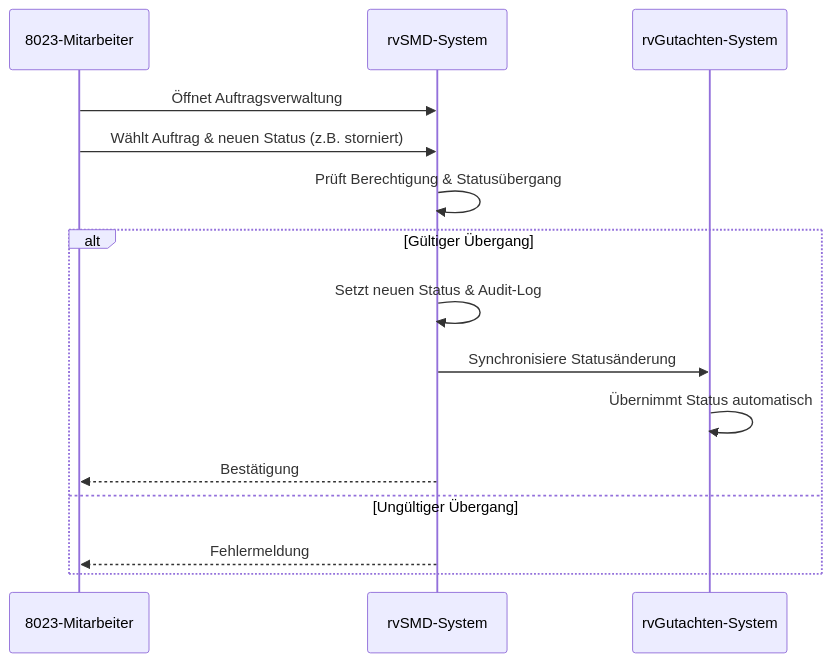
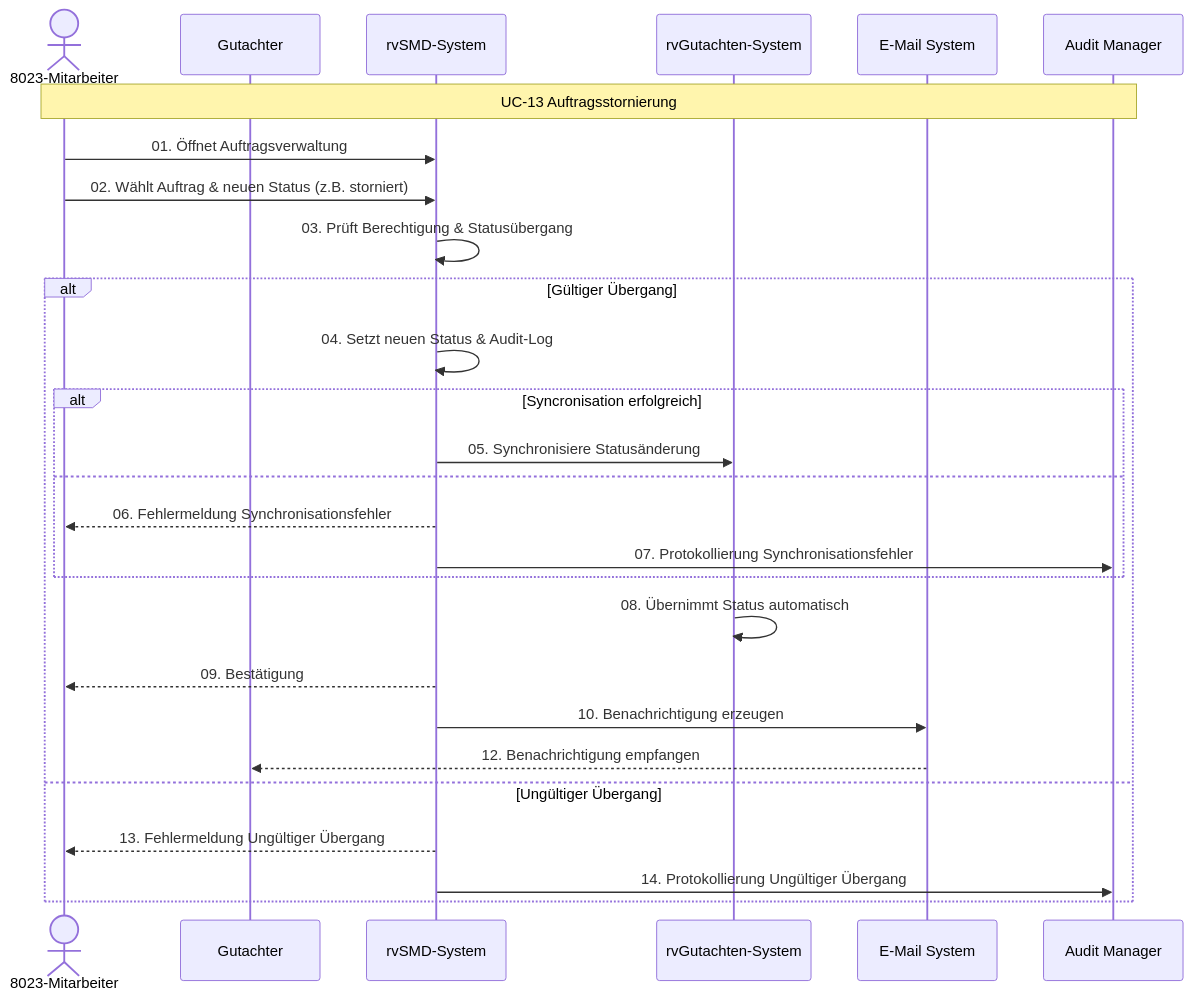
The diagram in docs/UseCases/mermaid/UC-13_Auftragsstornierung-durch-DRV.mmd (megadur/QARvGut), drawn with Mermaid before and after one commit. The commit also changed 4 other files, not shown here.

````diff
--- a/docs/UseCases/mermaid/UC-13_Auftragsstornierung-durch-DRV.mmd
+++ b/docs/UseCases/mermaid/UC-13_Auftragsstornierung-durch-DRV.mmd
@@ -1,18 +1,32 @@
 ```mermaid
+
 sequenceDiagram
-    participant DRV as 8023-Mitarbeiter
-    participant SMD as rvSMD-System
-    participant RVG as rvGutachten-System
+   actor M as 8023-Mitarbeiter
+   participant G as Gutachter
+   participant SMD as rvSMD-System
+   participant RVG as rvGutachten-System
+   participant ES as E-Mail System
+   participant AM as Audit Manager
 
-    DRV->>SMD: Öffnet Auftragsverwaltung
-    DRV->>SMD: Wählt Auftrag & neuen Status (z.B. storniert)
-    SMD->>SMD: Prüft Berechtigung & Statusübergang
-    alt Gültiger Übergang
-        SMD->>SMD: Setzt neuen Status & Audit-Log
-        SMD->>RVG: Synchronisiere Statusänderung
-        RVG->>RVG: Übernimmt Status automatisch
-        SMD-->>DRV: Bestätigung
-    else Ungültiger Übergang
-        SMD-->>DRV: Fehlermeldung
-    end
+   Note over M,AM: UC-13 Auftragsstornierung
+
+   M->>SMD: 01. Öffnet Auftragsverwaltung
+   M->>SMD: 02. Wählt Auftrag & neuen Status (z.B. storniert)
+   SMD->>SMD: 03. Prüft Berechtigung & Statusübergang
+   alt Gültiger Übergang
+       SMD->>SMD: 04. Setzt neuen Status & Audit-Log
+       alt Syncronisation erfolgreich
+           SMD->>RVG: 05. Synchronisiere Statusänderung
+       else
+           SMD-->>M: 06. Fehlermeldung Synchronisationsfehler
+           SMD->>AM: 07. Protokollierung Synchronisationsfehler
+       end
+       RVG->>RVG: 08. Übernimmt Status automatisch
+       SMD-->>M: 09. Bestätigung
+       SMD->>ES: 10. Benachrichtigung erzeugen
+       ES-->>G: 12. Benachrichtigung empfangen
+   else Ungültiger Übergang
+       SMD-->>M: 13. Fehlermeldung Ungültiger Übergang
+       SMD->>AM: 14. Protokollierung Ungültiger Übergang
+   end
 ```
````
